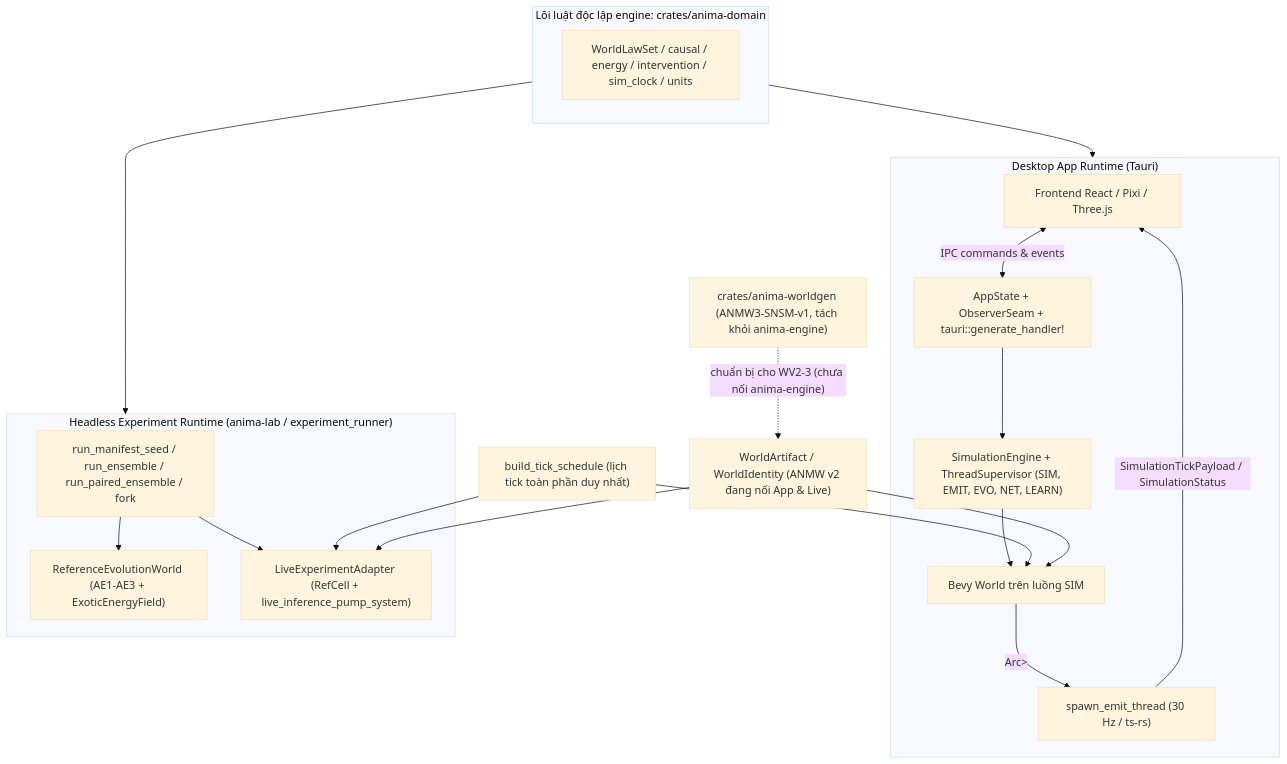
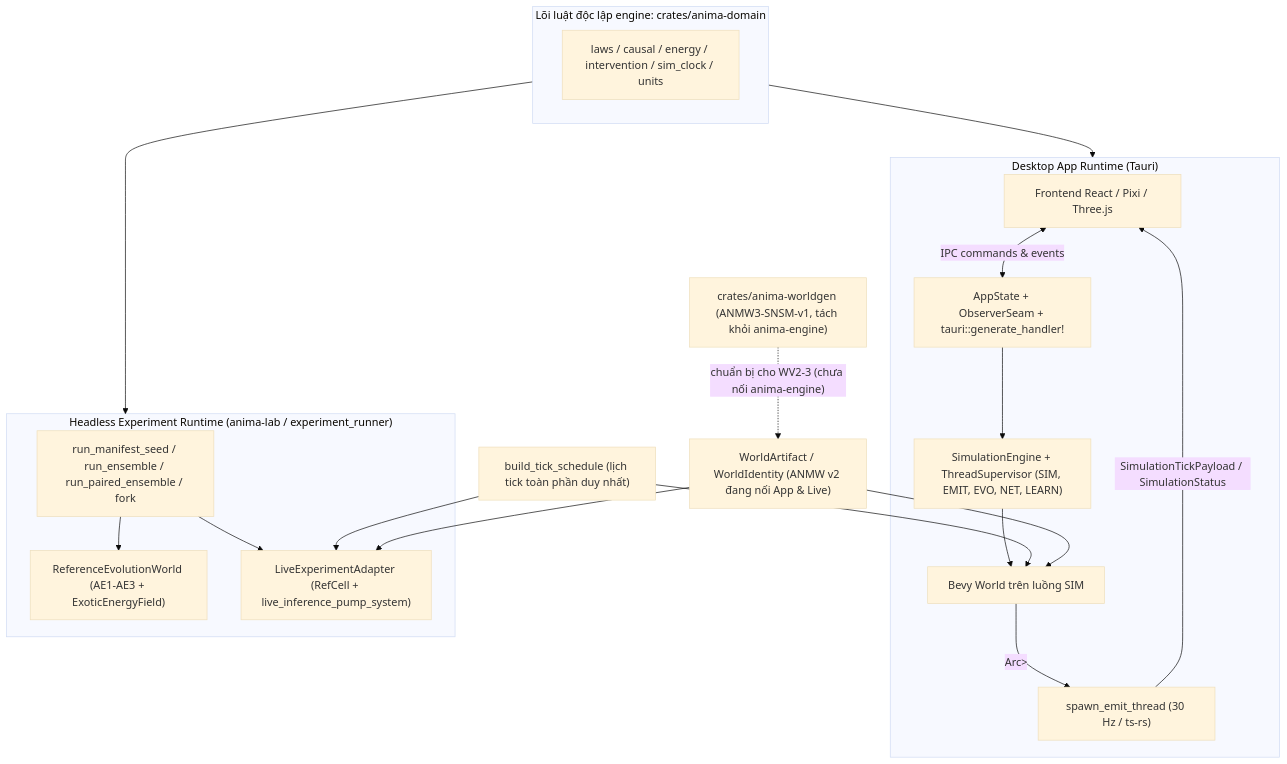
Before and after one commit to DuongNAD/Anima-Engine: the diagram in docs/explanation/ARCHITECTURE.md, drawn with Mermaid (base theme). The commit also changed other lines of this file and 1 other file, not shown here.

Commit message:
docs(explanation): fix DOC3 factual accuracy and precision issues

````diff
--- a/docs/explanation/ARCHITECTURE.md
+++ b/docs/explanation/ARCHITECTURE.md
@@ -27,39 +27,39 @@
 ```mermaid
 flowchart TB
     subgraph Domain["Lõi luật độc lập engine: crates/anima-domain"]
-        Laws["WorldLawSet / causal / energy / intervention / sim_clock / units"]
+        Laws["laws / causal / energy / intervention / sim_clock / units"]
     end
 
     subgraph Desktop["Desktop App Runtime (Tauri)"]
         UI["Frontend React / Pixi / Three.js"]
         IPC["AppState + ObserverSeam + tauri::generate_handler!"]
         Eng["SimulationEngine + ThreadSupervisor (SIM, EMIT, EVO, NET, LEARN)"]
         SimWorld["Bevy World trên luồng SIM"]
         Emit["spawn_emit_thread (30 Hz / ts-rs)"]
         UI <-->|"IPC commands & events"| IPC
         IPC --> Eng
         Eng --> SimWorld
         SimWorld -->|"Arc<RwLock<...>>"| Emit
         Emit -->|"SimulationTickPayload / SimulationStatus"| UI
     end
 
     subgraph Headless["Headless Experiment Runtime (anima-lab / experiment_runner)"]
         Runner["run_manifest_seed / run_ensemble / run_paired_ensemble / fork"]
         Ref["ReferenceEvolutionWorld (AE1-AE3 + ExoticEnergyField)"]
         Live["LiveExperimentAdapter (RefCell<World> + live_inference_pump_system)"]
         Runner --> Ref
         Runner --> Live
     end
 
     Sched["build_tick_schedule (lịch tick toàn phần duy nhất)"]
     WG["crates/anima-worldgen (ANMW3-SNSM-v1, tách khỏi anima-engine)"]
     WA["WorldArtifact / WorldIdentity (ANMW v2 đang nối App & Live)"]
 
     Domain --> Desktop
     Domain --> Headless
     Sched --> SimWorld
     Sched --> Live
     WA --> SimWorld
     WA --> Live
     WG -. "chuẩn bị cho WV2-3 (chưa nối anima-engine)" .-> WA
 ```
````
